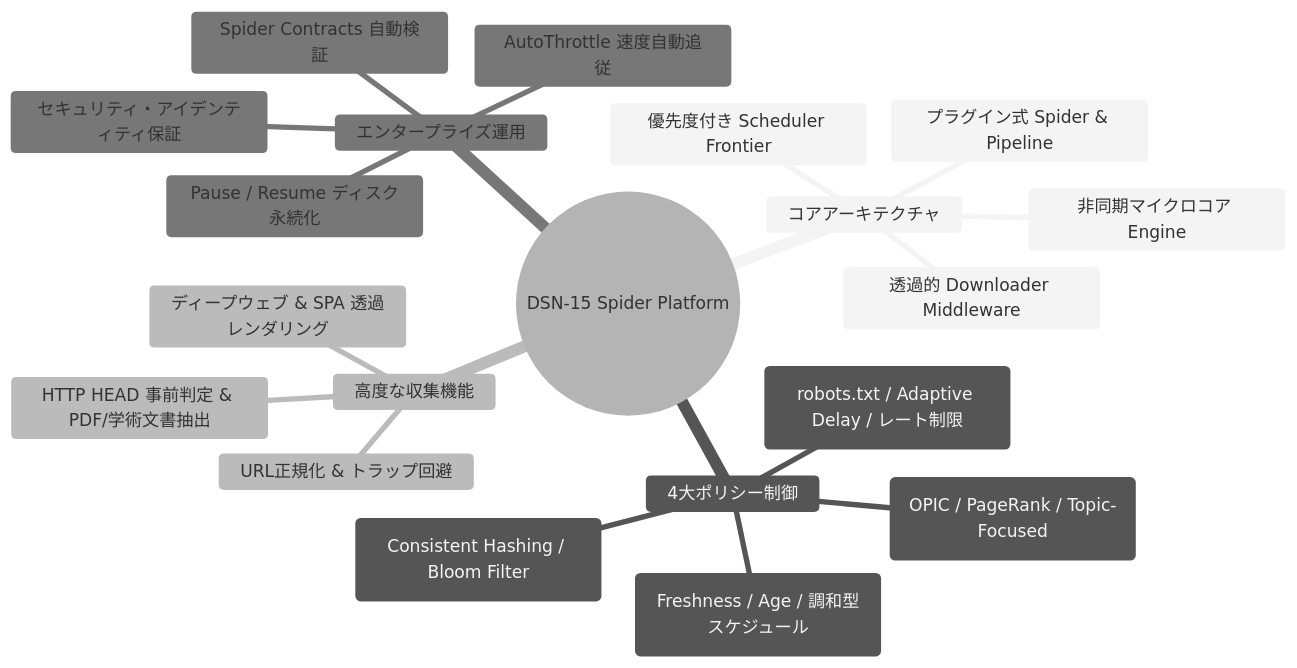
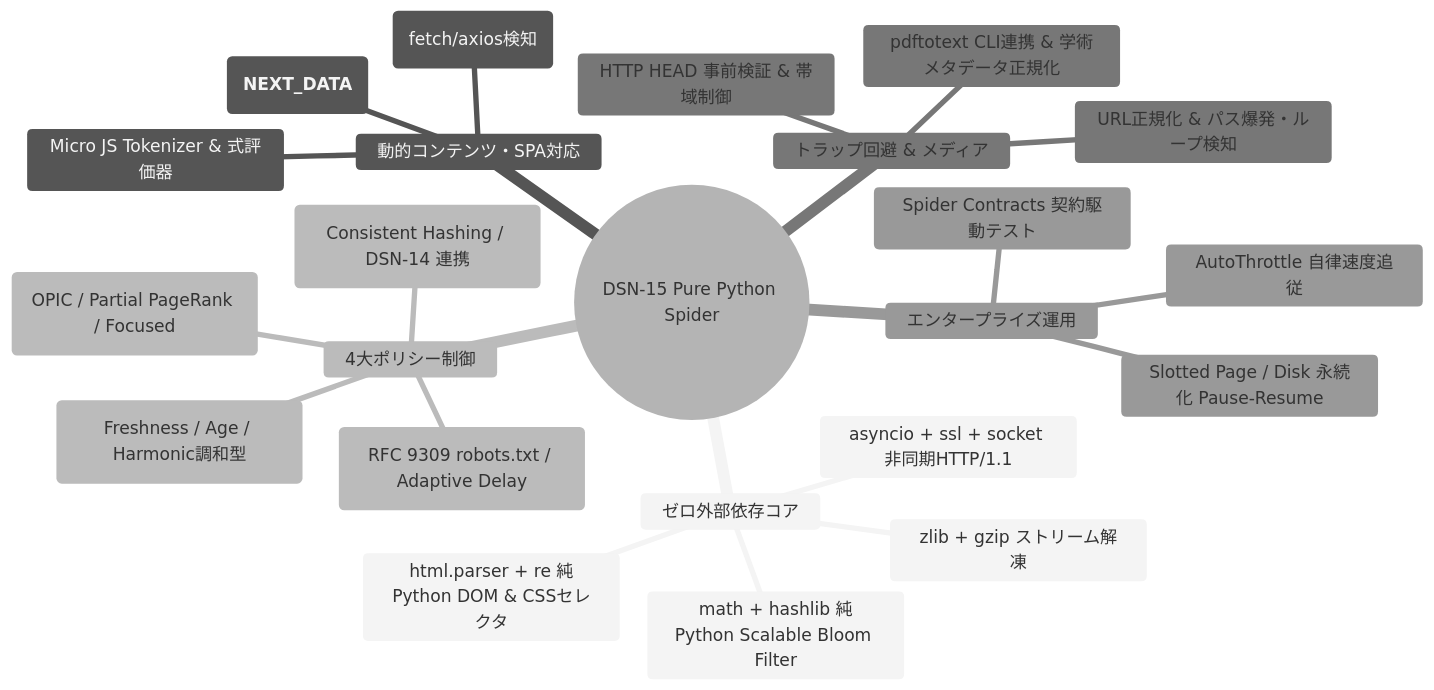
The first of 4 diagrams in docs/designs/DSN-15-distributed_spider_and_crawler_architecture.md (rokujyouhitoma/arxiv-security-papers), drawn with Mermaid (neutral theme) before and after one commit. The commit also changed other lines of this file, not shown here.

Commit message:
docs(designs): enforce 100% Python standard library and zero external dependencies in DSN-15

````diff
--- a/docs/designs/DSN-15-distributed_spider_and_crawler_architecture.md
+++ b/docs/designs/DSN-15-distributed_spider_and_crawler_architecture.md
@@ -11,23 +13,26 @@
 ```mermaid
 mindmap
-  root((DSN-15 Spider Platform))
-    コアアーキテクチャ
-      非同期マイクロコア Engine
-      優先度付き Scheduler Frontier
-      透過的 Downloader Middleware
-      プラグイン式 Spider & Pipeline
+  root((DSN-15 Pure Python Spider))
+    ゼロ外部依存コア
+      asyncio + ssl + socket 非同期HTTP/1.1
+      html.parser + re 純Python DOM & CSSセレクタ
+      zlib + gzip ストリーム解凍
+      math + hashlib 純Python Scalable Bloom Filter
+    動的コンテンツ・SPA対応
+      Hydration State JSON 自動抽出 (__NEXT_DATA__)
+      Reverse API Endpoint Sniffer (fetch/axios検知)
+      Micro JS Tokenizer & 式評価器
     4大ポリシー制御
-      選択ポリシー (OPIC / PageRank / Topic-Focused)
-      再訪問ポリシー (Freshness / Age / 調和型スケジュール)
-      マナーポリシー (robots.txt / Adaptive Delay / レート制限)
-      分散並行制御 (Consistent Hashing / Bloom Filter)
-    高度な収集機能
-      URL正規化 & トラップ回避
-      ディープウェブ & SPA 透過レンダリング
-      HTTP HEAD 事前判定 & PDF/学術文書抽出
+      選択ポリシー (OPIC / Partial PageRank / Focused)
+      再訪問ポリシー (Freshness / Age / Harmonic調和型)
+      マナーポリシー (RFC 9309 robots.txt / Adaptive Delay)
+      分散並行制御 (Consistent Hashing / DSN-14 連携)
+    トラップ回避 & メディア
+      URL正規化 & パス爆発・ループ検知
+      HTTP HEAD 事前検証 & 帯域制御
+      pdftotext CLI連携 & 学術メタデータ正規化
     エンタープライズ運用
-      AutoThrottle 速度自動追従
-      Spider Contracts 自動検証
-      Pause / Resume ディスク永続化
-      セキュリティ・アイデンティティ保証
+      AutoThrottle 自律速度追従
+      Spider Contracts 契約駆動テスト
+      Slotted Page / Disk 永続化 Pause-Resume
 ```
````
